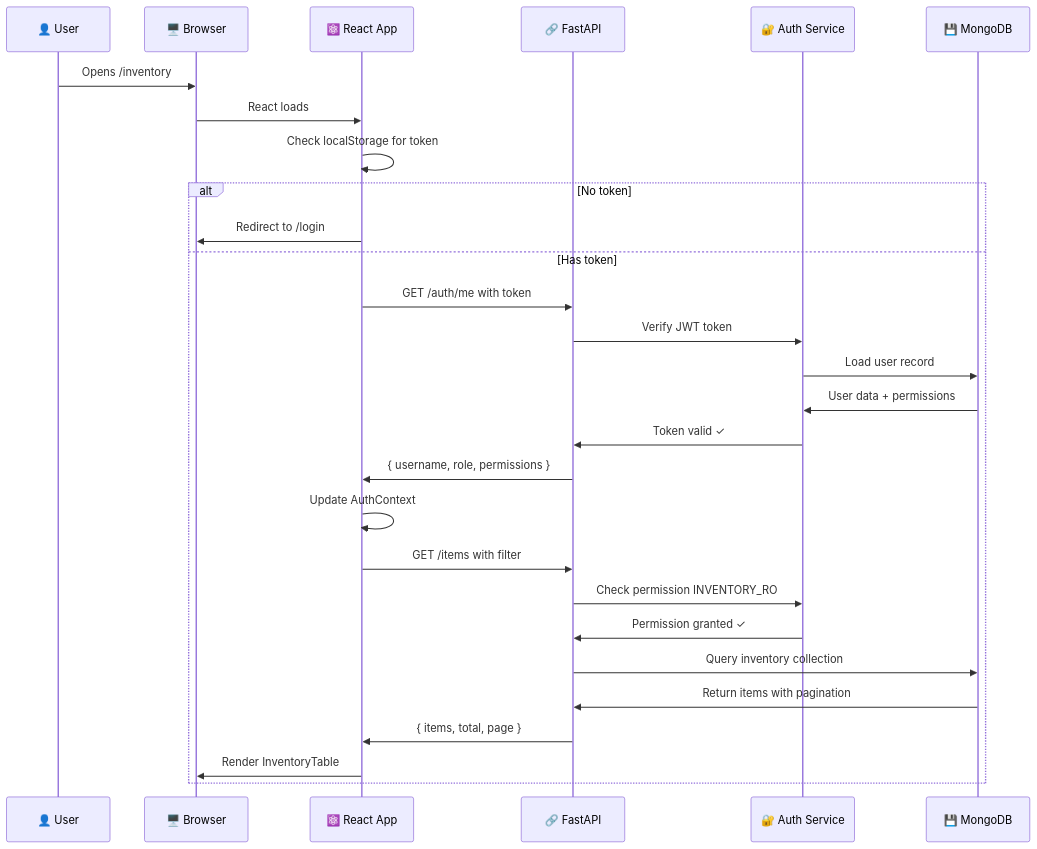
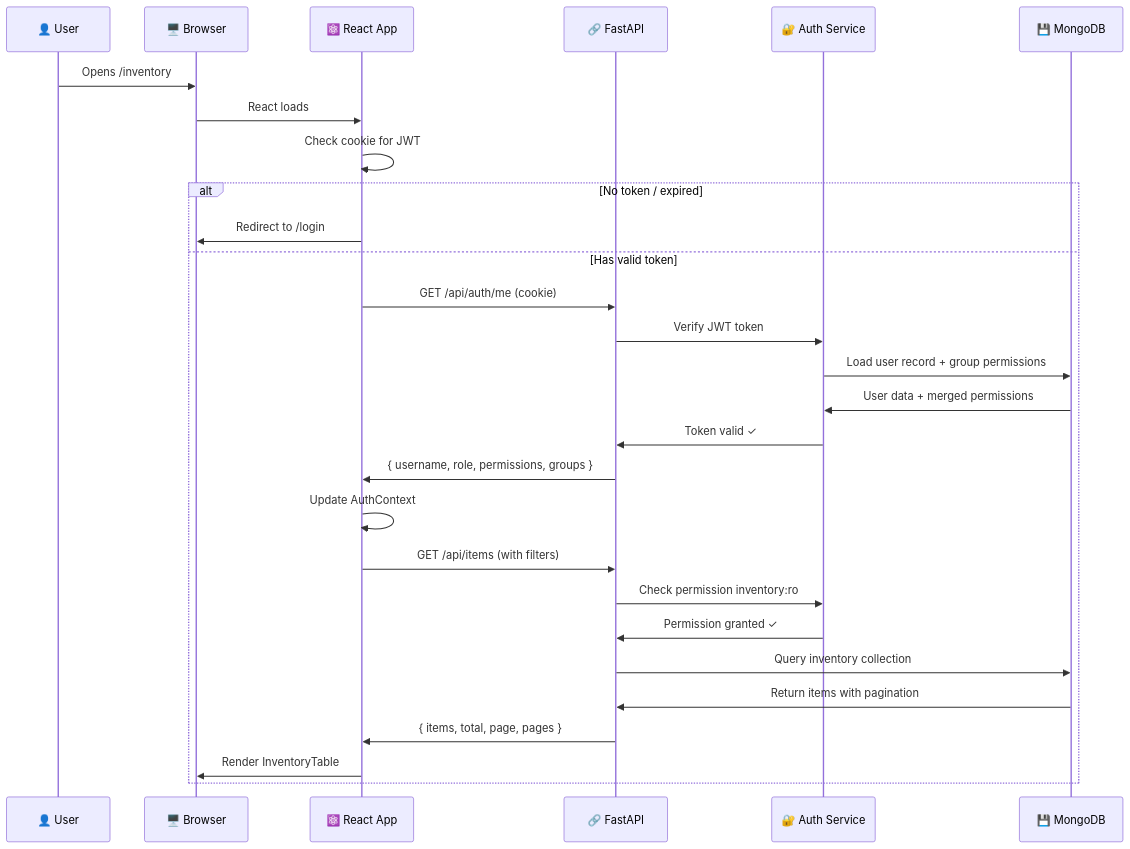
One commit to Rafmoshe2500/warehouse changed the first of 22 diagrams in DATA_FLOW_DIAGRAMS.md. Above: the diagram before and after it, drawn with Mermaid. The commit also changed other lines of this file and 66 other files, not shown here.

````diff
--- a/DATA_FLOW_DIAGRAMS.md
+++ b/DATA_FLOW_DIAGRAMS.md
@@ -5,32 +22,32 @@
 ```mermaid
 sequenceDiagram
     participant User as 👤 User
     participant Browser as 🖥️ Browser
     participant Frontend as ⚛️ React App
     participant API as 🔗 FastAPI
     participant Auth as 🔐 Auth Service
     participant DB as 💾 MongoDB
-    
+
     User->>Browser: Opens /inventory
     Browser->>Frontend: React loads
-    Frontend->>Frontend: Check localStorage for token
-    
-    alt No token
+    Frontend->>Frontend: Check cookie for JWT
+
+    alt No token / expired
         Frontend->>Browser: Redirect to /login
-    else Has token
-        Frontend->>API: GET /auth/me with token
+    else Has valid token
+        Frontend->>API: GET /api/auth/me (cookie)
         API->>Auth: Verify JWT token
-        Auth->>DB: Load user record
-        DB->>Auth: User data + permissions
+        Auth->>DB: Load user record + group permissions
+        DB->>Auth: User data + merged permissions
         Auth->>API: Token valid ✓
-        API->>Frontend: { username, role, permissions }
+        API->>Frontend: { username, role, permissions, groups }
         Frontend->>Frontend: Update AuthContext
-        Frontend->>API: GET /items with filter
-        API->>Auth: Check permission INVENTORY_RO
+        Frontend->>API: GET /api/items (with filters)
+        API->>Auth: Check permission inventory:ro
         Auth->>API: Permission granted ✓
         API->>DB: Query inventory collection
         DB->>API: Return items with pagination
-        API->>Frontend: { items, total, page }
+        API->>Frontend: { items, total, page, pages }
         Frontend->>Browser: Render InventoryTable
     end
 ```
````
